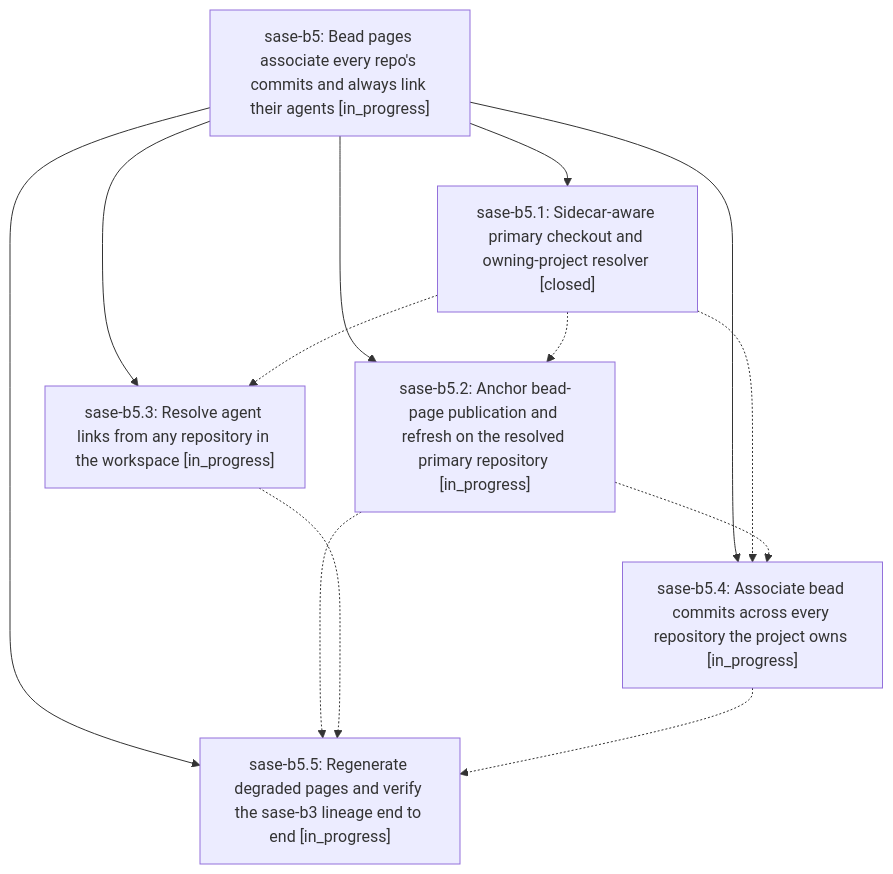
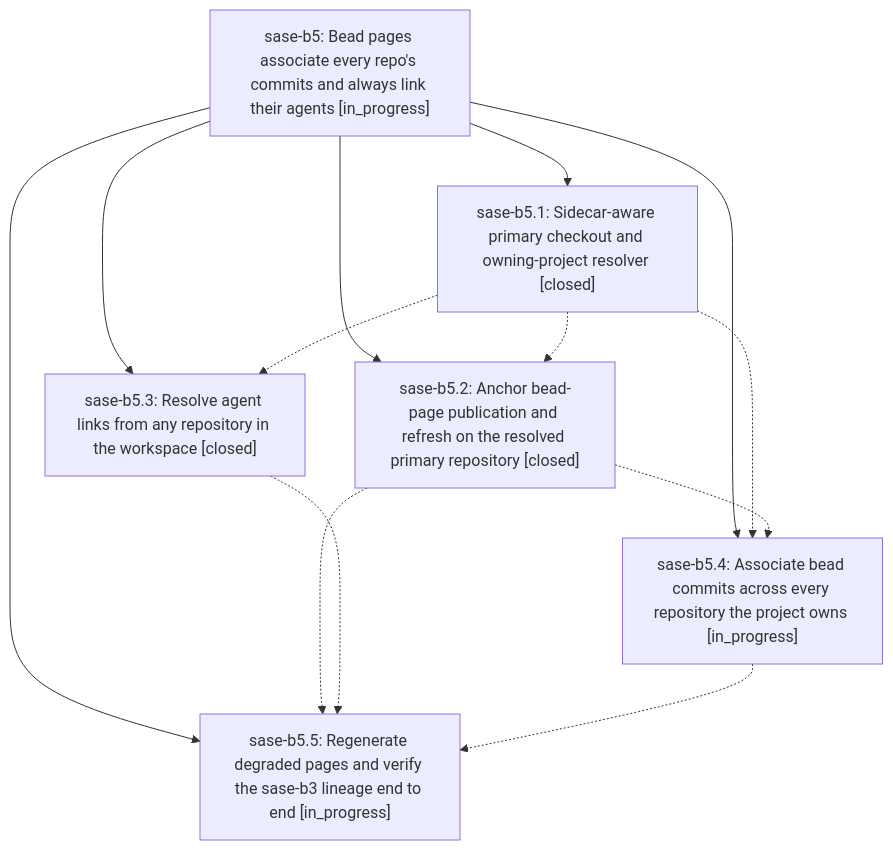
The diagram in pages/sase-b5/README.md (sase-org/sase--beads), drawn with Mermaid before and after one commit. The commit also changed other lines of this file and 5 other files, not shown here.

First line of the commit message:
chore(beads): sync bead state and pages for sase-b5

````diff
--- a/pages/sase-b5/README.md
+++ b/pages/sase-b5/README.md
@@ -26,21 +26,21 @@
 ```mermaid
 flowchart TD
     n0["sase-b5: Bead pages associate every repo's commits and always link their agents [in_progress]"]
     n1["sase-b5.1: Sidecar-aware primary checkout and owning-project resolver [closed]"]
-    n2["sase-b5.2: Anchor bead-page publication and refresh on the resolved primary repository [in_progress]"]
-    n3["sase-b5.3: Resolve agent links from any repository in the workspace [in_progress]"]
+    n2["sase-b5.2: Anchor bead-page publication and refresh on the resolved primary repository [closed]"]
+    n3["sase-b5.3: Resolve agent links from any repository in the workspace [closed]"]
     n4["sase-b5.4: Associate bead commits across every repository the project owns [in_progress]"]
     n5["sase-b5.5: Regenerate degraded pages and verify the sase-b3 lineage end to end [in_progress]"]
     n0 --> n1
     n0 --> n2
     n0 --> n3
     n0 --> n4
     n0 --> n5
     n1 -.-> n2
     n1 -.-> n3
     n1 -.-> n4
     n2 -.-> n4
     n2 -.-> n5
     n3 -.-> n5
     n4 -.-> n5
 ```
````
